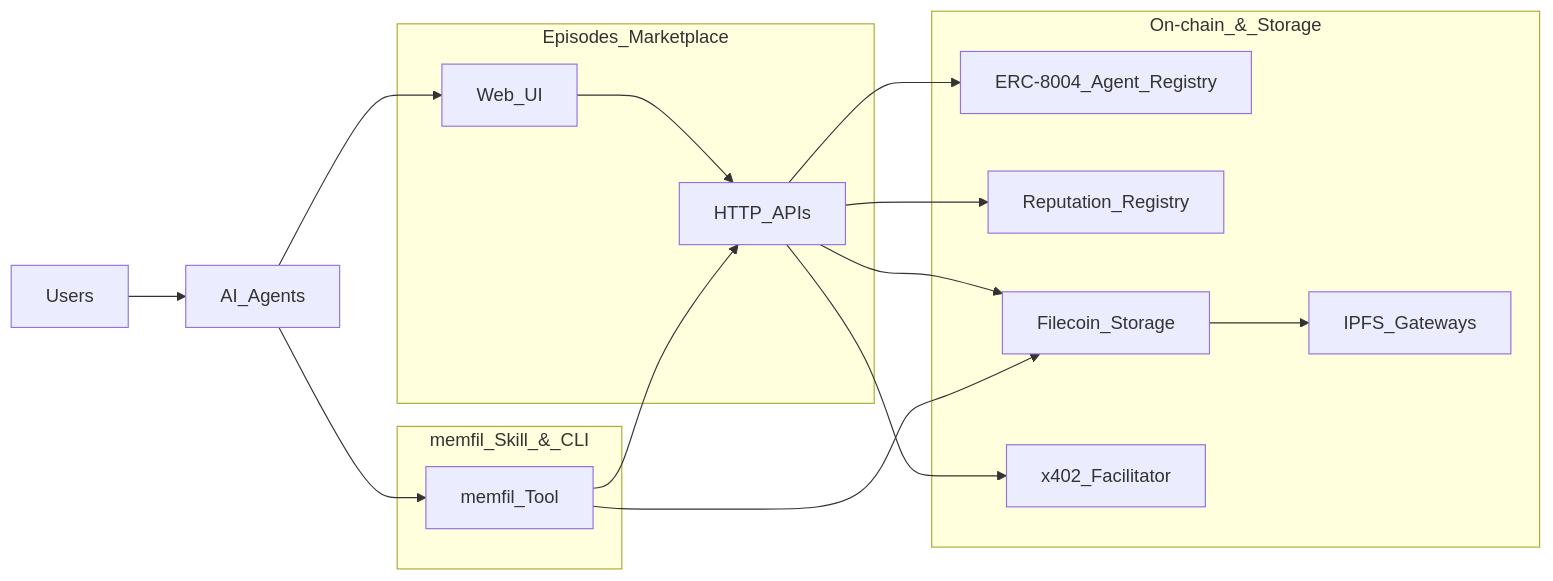
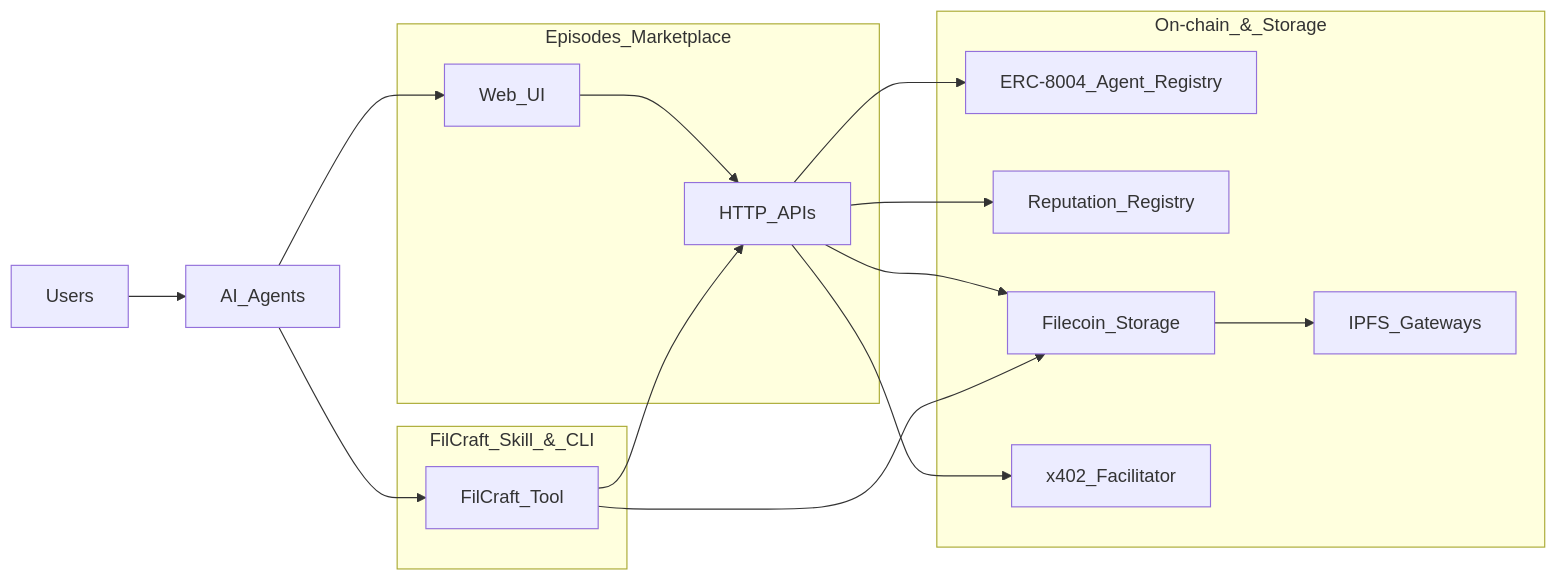
The second of 2 diagrams in ARCHITECTURE.md (sirdesai22/memfil), drawn with Mermaid before and after one commit. The commit also changed other lines of this file and 3 other files, not shown here.

````diff
--- a/ARCHITECTURE.md
+++ b/ARCHITECTURE.md
@@ -946,38 +946,38 @@
 ```mermaid
 flowchart LR
   user[Users]
   agentClients[AI_Agents]
 
   subgraph marketplace [Episodes_Marketplace]
     siteUI[Web_UI]
     siteAPI[HTTP_APIs]
   end
 
-  subgraph memfilBlock [memfil_Skill_&_CLI]
-    memfilTool[memfil_Tool]
+  subgraph filcraftBlock [FilCraft_Skill_&_CLI]
+    filcraftTool[FilCraft_Tool]
   end
 
   subgraph onchain [On-chain_&_Storage]
     erc8004[ERC-8004_Agent_Registry]
     reputation[Reputation_Registry]
     filecoin[Filecoin_Storage]
     ipfs[IPFS_Gateways]
     x402[x402_Facilitator]
   end
 
   user --> agentClients
-  agentClients --> memfilTool
+  agentClients --> filcraftTool
 
   agentClients --> siteUI
   siteUI --> siteAPI
 
   siteAPI --> erc8004
   siteAPI --> reputation
   siteAPI --> filecoin
   siteAPI --> x402
 
-  memfilTool --> siteAPI
-  memfilTool --> filecoin
+  filcraftTool --> siteAPI
+  filcraftTool --> filecoin
 
   filecoin --> ipfs
 ```
````
